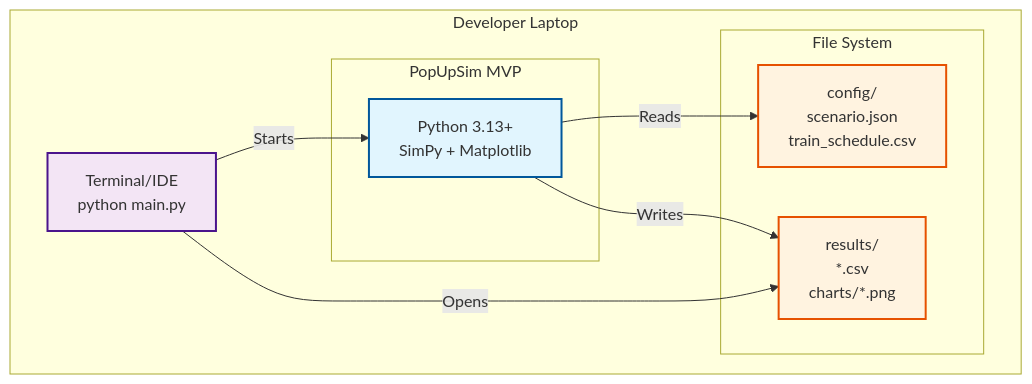
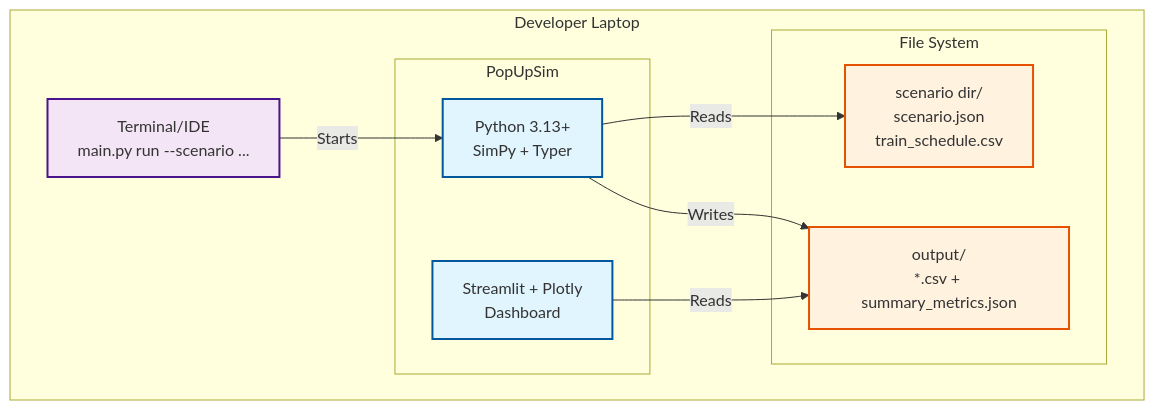
One commit to OpenRailAssociation/dac-migration-dss-popupsim changed the third of 3 diagrams in docs/mvp/development/01-mvp-overview.md. Above: the diagram before and after it, drawn with Mermaid. The commit also changed other lines of this file and 73 other files, not shown here.

````diff
--- a/docs/mvp/development/01-mvp-overview.md
+++ b/docs/mvp/development/01-mvp-overview.md
@@ -141,28 +141,29 @@
 ```mermaid
 graph TB
     subgraph "Developer Laptop"
-        subgraph "PopUpSim MVP"
-            Python[Python 3.13+<br/>SimPy + Matplotlib]
+        subgraph "PopUpSim"
+            Python[Python 3.13+<br/>SimPy + Typer]
+            Dash[Streamlit + Plotly<br/>Dashboard]
         end
 
         subgraph "File System"
-            Input[config/<br/>scenario.json<br/>train_schedule.csv]
-            Output[results/<br/>*.csv<br/>charts/*.png]
+            Input[scenario dir/<br/>scenario.json<br/>train_schedule.csv]
+            Output[output/<br/>*.csv + summary_metrics.json]
         end
 
-        CLI[Terminal/IDE<br/>python main.py]
+        CLI[Terminal/IDE<br/>main.py run --scenario ...]
     end
 
     CLI -->|Starts| Python
     Python -->|Reads| Input
     Python -->|Writes| Output
-    CLI -->|Opens| Output
+    Dash -->|Reads| Output
 
     classDef process fill:#e1f5fe,stroke:#01579b,stroke-width:2px
     classDef files fill:#fff3e0,stroke:#e65100,stroke-width:2px
     classDef user fill:#f3e5f5,stroke:#4a148c,stroke-width:2px
 
-    class Python process
+    class Python,Dash process
     class Input,Output files
     class CLI user
 ```
````
